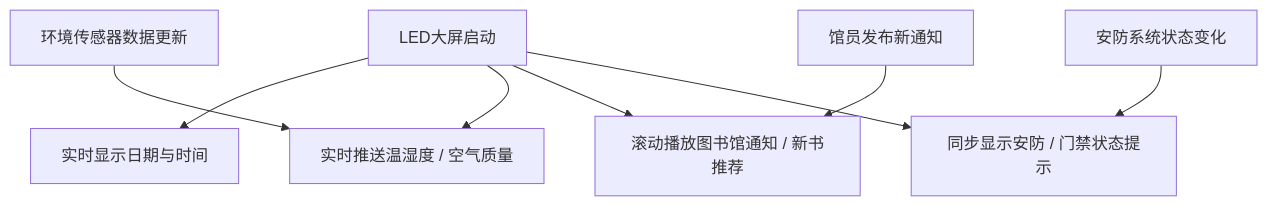
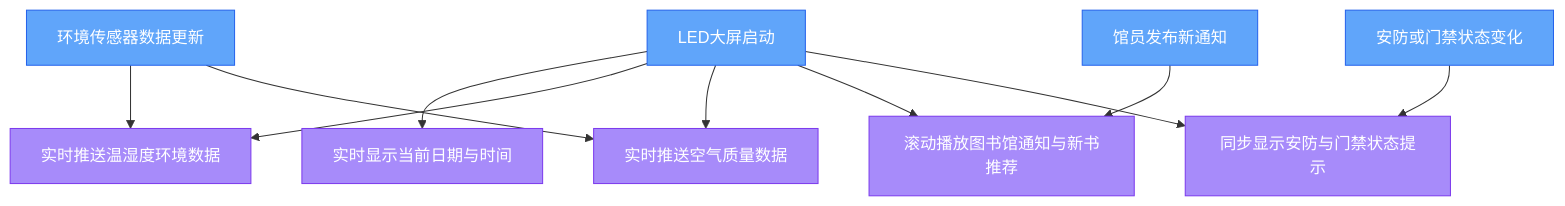
Before and after one commit to yuetsh/IOT-Lab2: the diagram in assets/04_LED显示.md, drawn with Mermaid. The commit also changed 26 other files, not shown here.

First line of the commit message:
refactor: 精简设备列表、统一参考流程图与设备-节点对应关系

````diff
--- a/assets/04_LED显示.md
+++ b/assets/04_LED显示.md
@@ -1,10 +1,16 @@
 ```mermaid
-flowchart TD
-    A[LED大屏启动] --> B[实时显示日期与时间]
-    A --> C[实时推送温湿度 / 空气质量]
-    A --> D[滚动播放图书馆通知 / 新书推荐]
-    A --> E[同步显示安防 / 门禁状态提示]
-    F[环境传感器数据更新] --> C
-    G[安防系统状态变化] --> E
-    H[馆员发布新通知] --> D
+graph TD
+  classDef trigger fill:#60a5fa,stroke:#2563eb,color:#fff
+  classDef decision fill:#fbbf24,stroke:#d97706,color:#fff
+  classDef action fill:#34d399,stroke:#059669,color:#fff
+  classDef display fill:#a78bfa,stroke:#7c3aed,color:#fff
+  A[LED大屏启动]:::trigger --> B[实时显示当前日期与时间]:::display
+  A --> C[实时推送温湿度环境数据]:::display
+  A --> D[实时推送空气质量数据]:::display
+  A --> E[滚动播放图书馆通知与新书推荐]:::display
+  A --> F[同步显示安防与门禁状态提示]:::display
+  G[环境传感器数据更新]:::trigger --> C
+  G --> D
+  H[安防或门禁状态变化]:::trigger --> F
+  I[馆员发布新通知]:::trigger --> E
 ```
````
